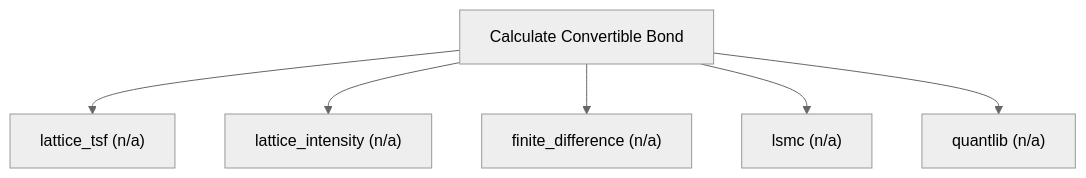
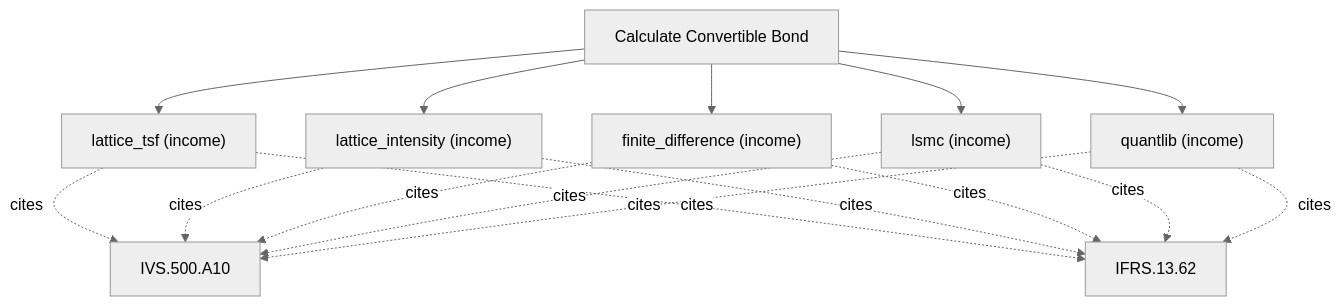
Before and after one commit to simonmak-ascent/fair-value: the diagram in docs/methods/calculate_convertible_bond.md, drawn with Mermaid (neutral theme). The commit also changed other lines of this file and 18 other files, not shown here.

````diff
--- a/docs/methods/calculate_convertible_bond.md
+++ b/docs/methods/calculate_convertible_bond.md
@@ -5,9 +5,19 @@
 ```mermaid
 flowchart TD
   T[Calculate Convertible Bond]
-  T --> calculate_convertible_bond_lattice_tsf["lattice_tsf (n/a)"]
-  T --> calculate_convertible_bond_lattice_intensity["lattice_intensity (n/a)"]
-  T --> calculate_convertible_bond_finite_difference["finite_difference (n/a)"]
-  T --> calculate_convertible_bond_lsmc["lsmc (n/a)"]
-  T --> calculate_convertible_bond_quantlib["quantlib (n/a)"]
+  T --> calculate_convertible_bond_lattice_tsf["lattice_tsf (income)"]
+  calculate_convertible_bond_lattice_tsf -. cites .-> IVS_500_A10[IVS.500.A10]
+  calculate_convertible_bond_lattice_tsf -. cites .-> IFRS_13_62[IFRS.13.62]
+  T --> calculate_convertible_bond_lattice_intensity["lattice_intensity (income)"]
+  calculate_convertible_bond_lattice_intensity -. cites .-> IVS_500_A10[IVS.500.A10]
+  calculate_convertible_bond_lattice_intensity -. cites .-> IFRS_13_62[IFRS.13.62]
+  T --> calculate_convertible_bond_finite_difference["finite_difference (income)"]
+  calculate_convertible_bond_finite_difference -. cites .-> IVS_500_A10[IVS.500.A10]
+  calculate_convertible_bond_finite_difference -. cites .-> IFRS_13_62[IFRS.13.62]
+  T --> calculate_convertible_bond_lsmc["lsmc (income)"]
+  calculate_convertible_bond_lsmc -. cites .-> IVS_500_A10[IVS.500.A10]
+  calculate_convertible_bond_lsmc -. cites .-> IFRS_13_62[IFRS.13.62]
+  T --> calculate_convertible_bond_quantlib["quantlib (income)"]
+  calculate_convertible_bond_quantlib -. cites .-> IVS_500_A10[IVS.500.A10]
+  calculate_convertible_bond_quantlib -. cites .-> IFRS_13_62[IFRS.13.62]
 ```
````
